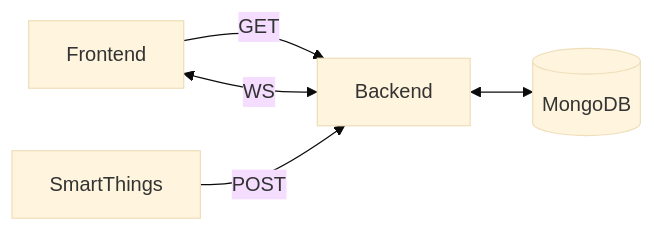
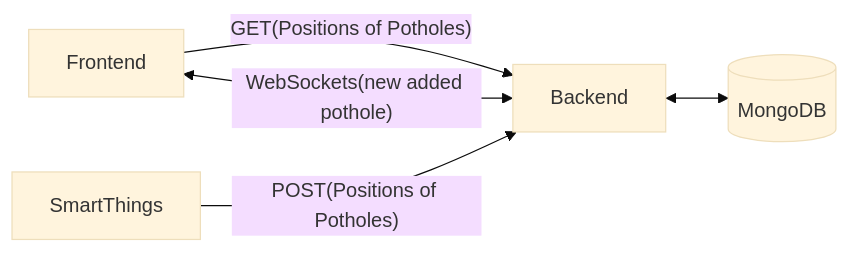
One commit to Potholes-ai/.github changed the diagram in profile/README.md. Above: the diagram before and after it, drawn with Mermaid (base theme).

Commit message:
change 'ws' with 'websockets' for comprehension and visibility purpose

````diff
--- a/profile/README.md
+++ b/profile/README.md
@@ -9,10 +9,10 @@
 ```mermaid
 flowchart LR
 
-    Frontend--GET-->Backend;
-    Backend<--WS-->Frontend;
+    Frontend--GET(Positions of Potholes)-->Backend;
+    Backend<--WebSockets(new added pothole)-->Frontend;
 Backend<-->id1[(MongoDB)];
-    SmartThings--POST--> Backend;
+    SmartThings--POST(Positions of Potholes)--> Backend;
 
 
 ```
````
